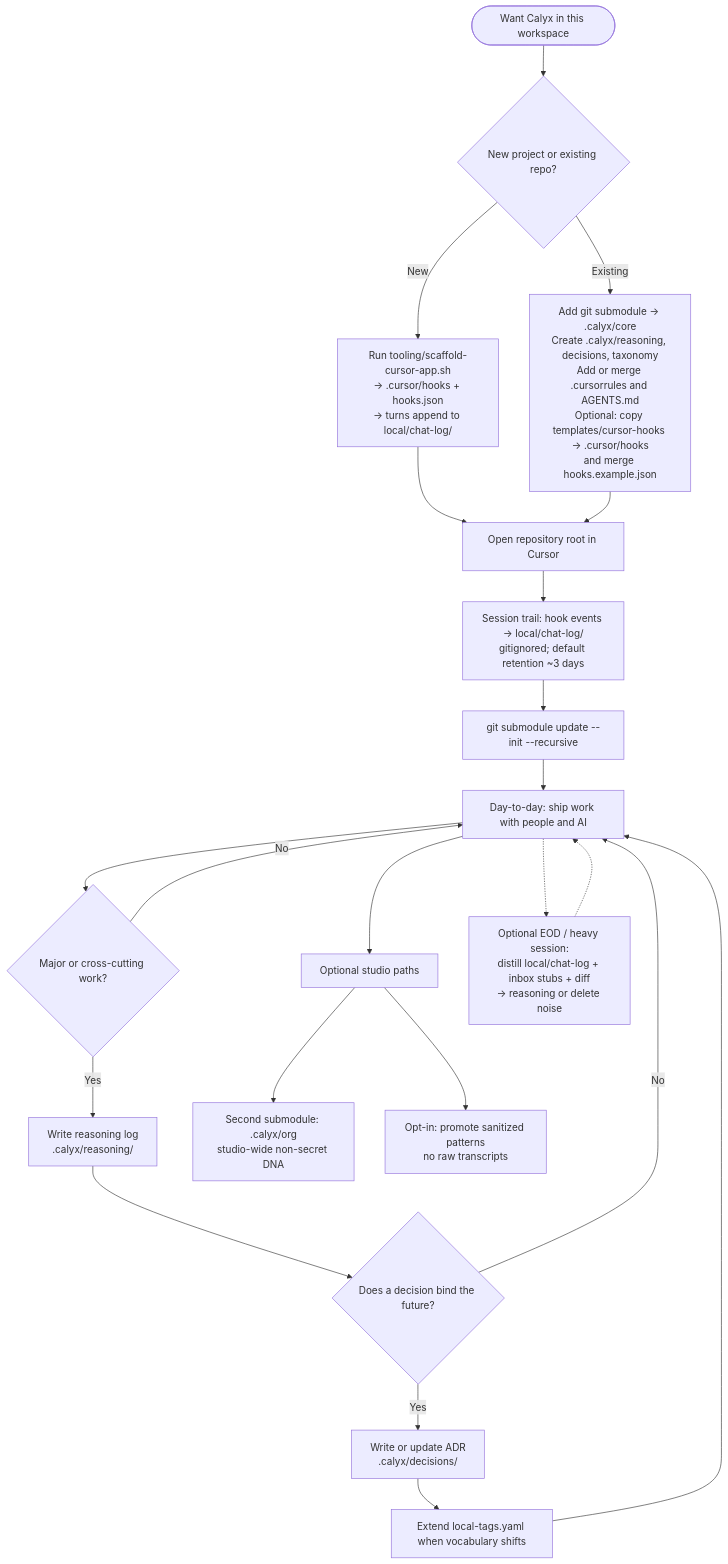
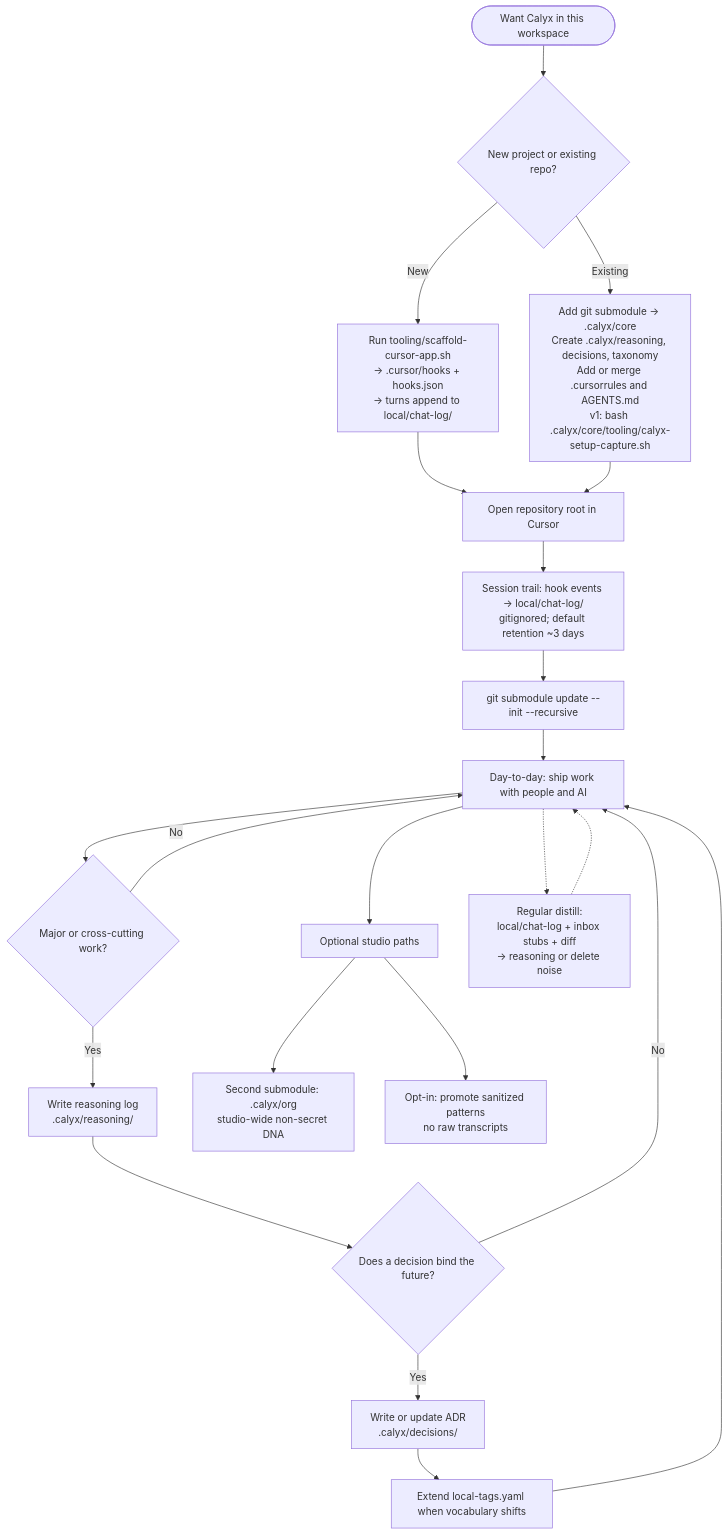
The diagram in docs/ux-flow.md (cfolsensfs/calyx-core), drawn with Mermaid before and after one commit. The commit also changed other lines of this file and 12 other files, not shown here.

First line of the commit message:
chore: Calyx v1.0 — capture is load-bearing

````diff
--- a/docs/ux-flow.md
+++ b/docs/ux-flow.md
@@ -7,37 +7,37 @@
 ```mermaid
 flowchart TB
   start([Want Calyx in this workspace])
 
   start --> fork{New project or existing repo?}
 
   fork -->|New| scaffold["Run tooling/scaffold-cursor-app.sh<br/>→ .cursor/hooks + hooks.json<br/>→ turns append to local/chat-log/"]
-  fork -->|Existing| brown["Add git submodule → .calyx/core<br/>Create .calyx/reasoning, decisions, taxonomy<br/>Add or merge .cursorrules and AGENTS.md<br/>Optional: copy templates/cursor-hooks → .cursor/hooks<br/>and merge hooks.example.json"]
+  fork -->|Existing| brown["Add git submodule → .calyx/core<br/>Create .calyx/reasoning, decisions, taxonomy<br/>Add or merge .cursorrules and AGENTS.md<br/>v1: bash .calyx/core/tooling/calyx-setup-capture.sh"]
 
   scaffold --> cursor[Open repository root in Cursor]
   brown --> cursor
 
   cursor --> chatTrail["Session trail: hook events → local/chat-log/<br/>gitignored; default retention ~3 days"]
   chatTrail --> sub["git submodule update --init --recursive"]
 
   sub --> daily[Day-to-day: ship work with people and AI]
 
   daily --> gate{Major or cross-cutting work?}
 
   gate -->|No| daily
   gate -->|Yes| log[Write reasoning log<br/>.calyx/reasoning/]
 
   log --> bind{Does a decision bind the future?}
 
   bind -->|No| daily
   bind -->|Yes| adr[Write or update ADR<br/>.calyx/decisions/]
 
   adr --> tags[Extend local-tags.yaml when vocabulary shifts]
   tags --> daily
 
   daily --> optionalStudio[Optional studio paths]
   optionalStudio --> org[Second submodule: .calyx/org<br/>studio-wide non-secret DNA]
   optionalStudio --> commons[Opt-in: promote sanitized patterns<br/>no raw transcripts]
 
-  daily -.-> eod["Optional EOD / heavy session:<br/>distill local/chat-log + inbox stubs + diff<br/>→ reasoning or delete noise"]
+  daily -.-> eod["Regular distill:<br/>local/chat-log + inbox stubs + diff<br/>→ reasoning or delete noise"]
   eod -.-> daily
 ```
````
